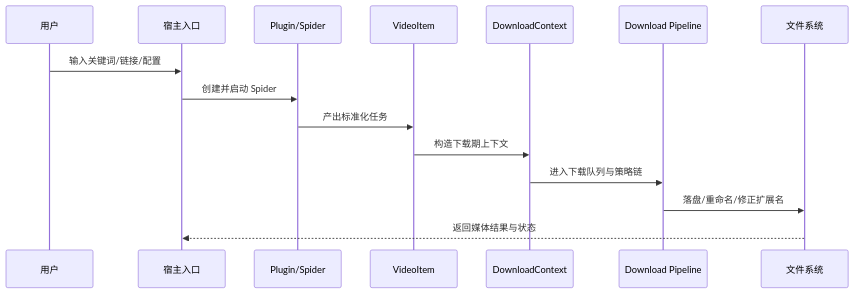
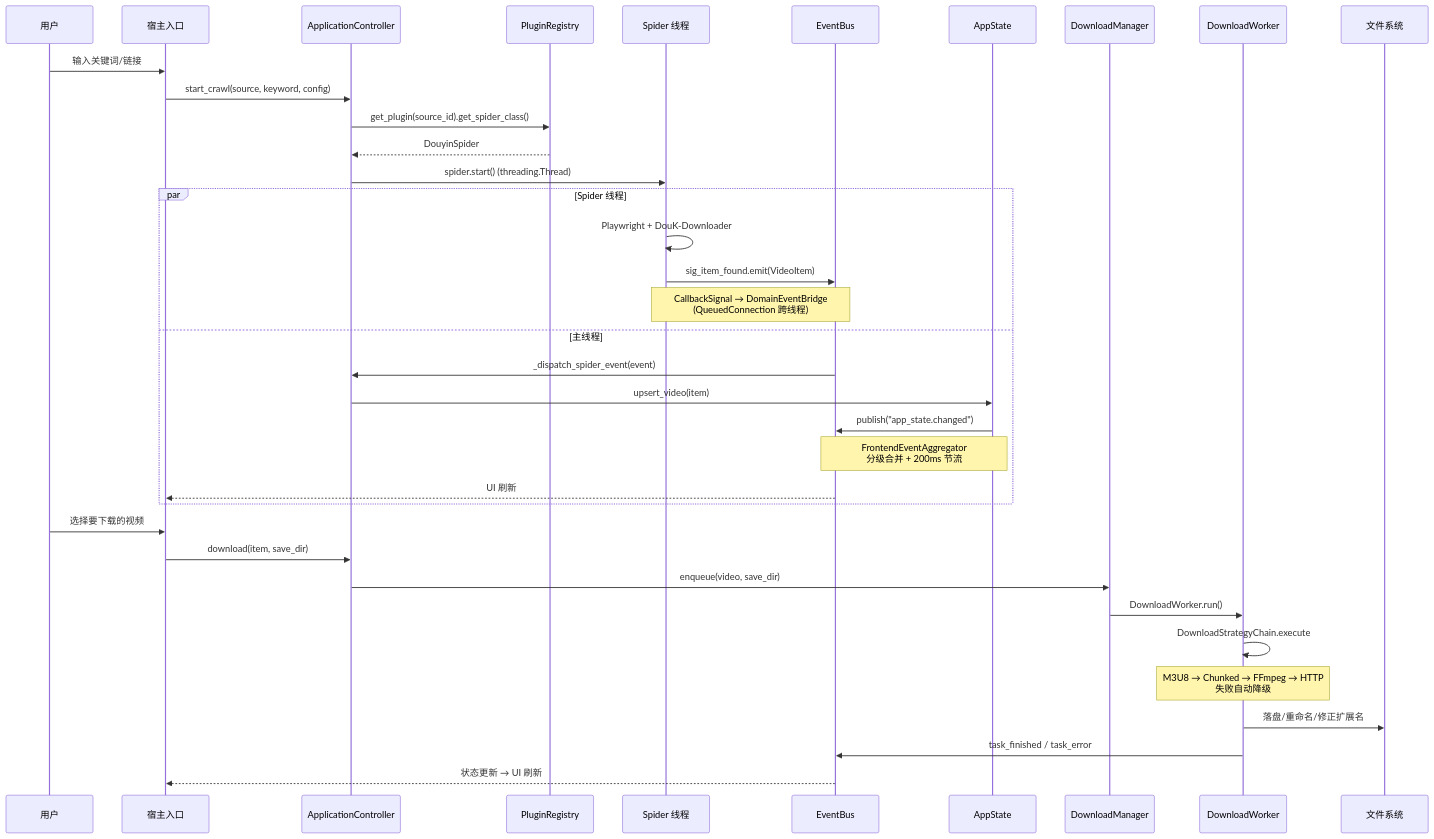
The second of 3 diagrams in mermaid/01-system-overview.md (haohaizi554/UniversalCrawler), drawn with Mermaid before and after one commit. The commit also changed other lines of this file and 78 other files, not shown here.

Commit message:
Sync local workspace: packaging adaptation, frontend hardening, and architecture review.

````diff
--- a/mermaid/01-system-overview.md
+++ b/mermaid/01-system-overview.md
@@ -34,18 +74,41 @@
 ```mermaid
 sequenceDiagram
     participant U as 用户
     participant H as 宿主入口
-    participant P as Plugin/Spider
-    participant V as VideoItem
-    participant C as DownloadContext
-    participant D as Download Pipeline
+    participant C as ApplicationController
+    participant P as PluginRegistry
+    participant S as Spider 线程
+    participant EB as EventBus
+    participant AS as AppState
+    participant DM as DownloadManager
+    participant DW as DownloadWorker
     participant F as 文件系统
 
-    U->>H: 输入关键词/链接/配置
-    H->>P: 创建并启动 Spider
-    P->>V: 产出标准化任务
-    V->>C: 构造下载期上下文
-    C->>D: 进入下载队列与策略链
-    D->>F: 落盘/重命名/修正扩展名
-    F-->>H: 返回媒体结果与状态
+    U->>H: 输入关键词/链接
+    H->>C: start_crawl(source, keyword, config)
+    C->>P: get_plugin(source_id).get_spider_class()
+    P-->>C: DouyinSpider
+    C->>S: spider.start() (threading.Thread)
+    
+    par Spider 线程
+        S->>S: Playwright + DouK-Downloader
+        S->>EB: sig_item_found.emit(VideoItem)
+        Note over S,EB: CallbackSignal → DomainEventBridge<br/>(QueuedConnection 跨线程)
+    and 主线程
+        EB->>C: _dispatch_spider_event(event)
+        C->>AS: upsert_video(item)
+        AS->>EB: publish("app_state.changed")
+        Note over AS,EB: FrontendEventAggregator<br/>分级合并 + 200ms 节流
+        EB-->>H: UI 刷新
+    end
+
+    U->>H: 选择要下载的视频
+    H->>C: download(item, save_dir)
+    C->>DM: enqueue(video, save_dir)
+    DM->>DW: DownloadWorker.run()
+    DW->>DW: DownloadStrategyChain.execute
+    Note over DW: M3U8 → Chunked → FFmpeg → HTTP<br/>失败自动降级
+    DW->>F: 落盘/重命名/修正扩展名
+    DW->>EB: task_finished / task_error
+    EB-->>H: 状态更新 → UI 刷新
 ```
````
